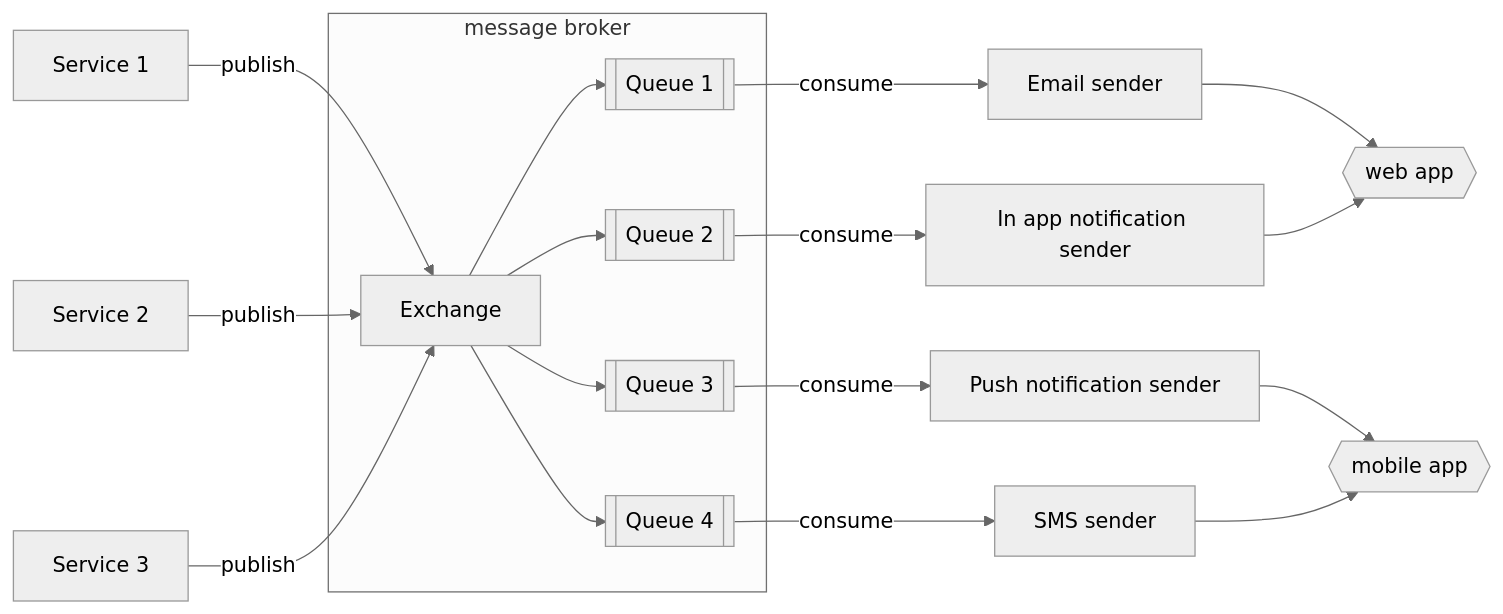
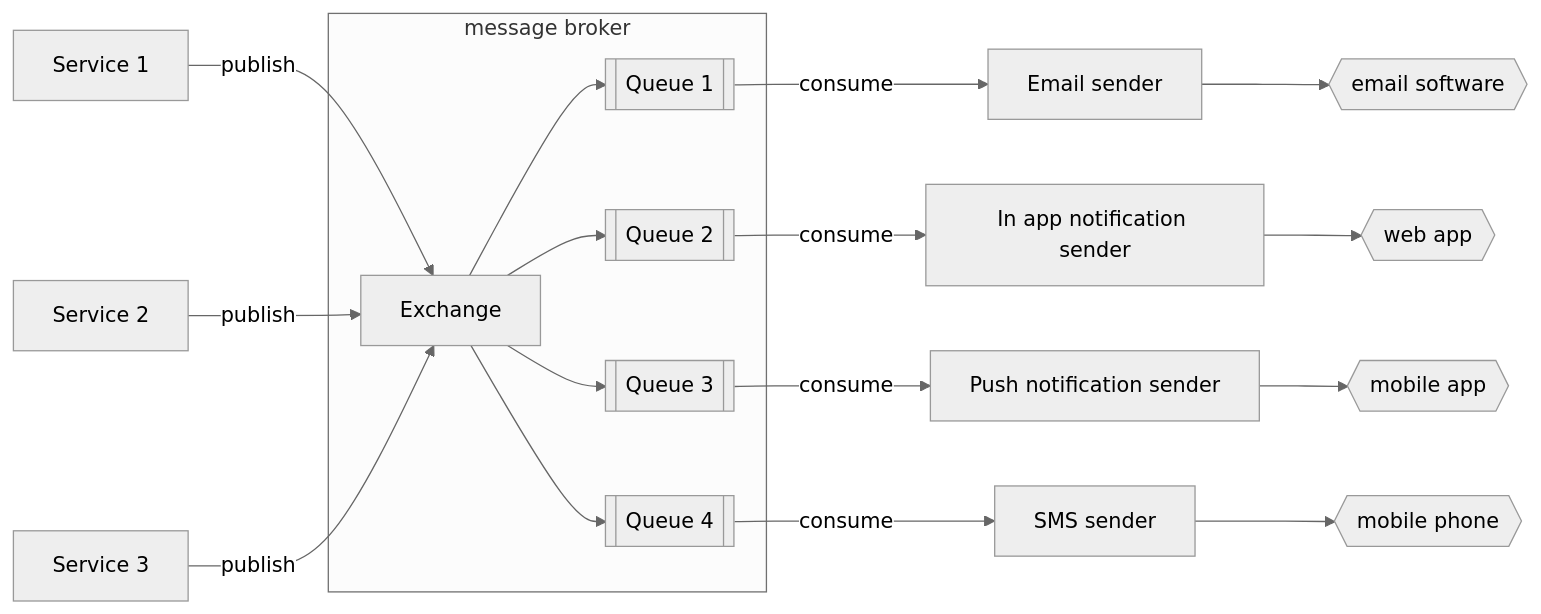
Before and after one commit to DWTechs/efficient-web-app-architecture: the second of 2 diagrams in content/notifications.md, drawn with Mermaid (neutral theme). The commit also changed other lines of this file, not shown here.

````diff
--- a/content/notifications.md
+++ b/content/notifications.md
@@ -118,23 +117,23 @@
 ```mermaid
 flowchart LR
     Service_1[Service 1] -->|publish| Exchange
     Service_2[Service 2] -->|publish| Exchange
     Service_3[Service 3] -->|publish| Exchange
     subgraph message broker
     Exchange --> Queue_1[[Queue 1]]
     Exchange --> Queue_2[[Queue 2]]
     Exchange --> Queue_3[[Queue 3]]
     Exchange --> Queue_4[[Queue 4]]
     end
     Queue_1 -->|consume| email_sender[Email sender]
     Queue_2 -->|consume| in_app_notification_sender[In app notification sender]
     Queue_3 -->|consume| push_notification_sender[Push notification sender]
     Queue_4 -->|consume| SMS_sender[SMS sender]
 
-    email_sender --> web_app
+    email_sender --> email_software{{email software}}
     in_app_notification_sender --> web_app{{web app}}
 
     push_notification_sender --> mobile_app{{mobile app}}
-    SMS_sender --> mobile_app
+    SMS_sender --> mobile_phone{{mobile phone}}
 
 ```
````
